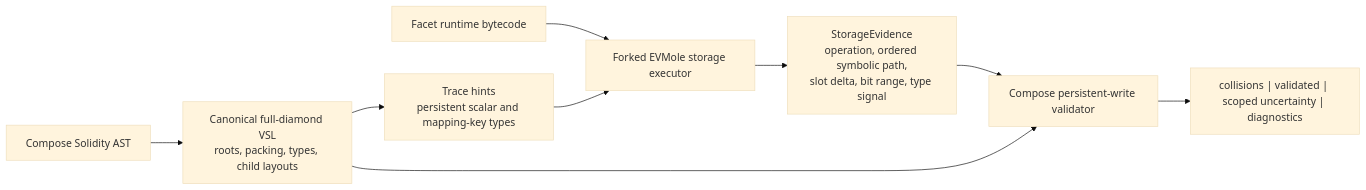
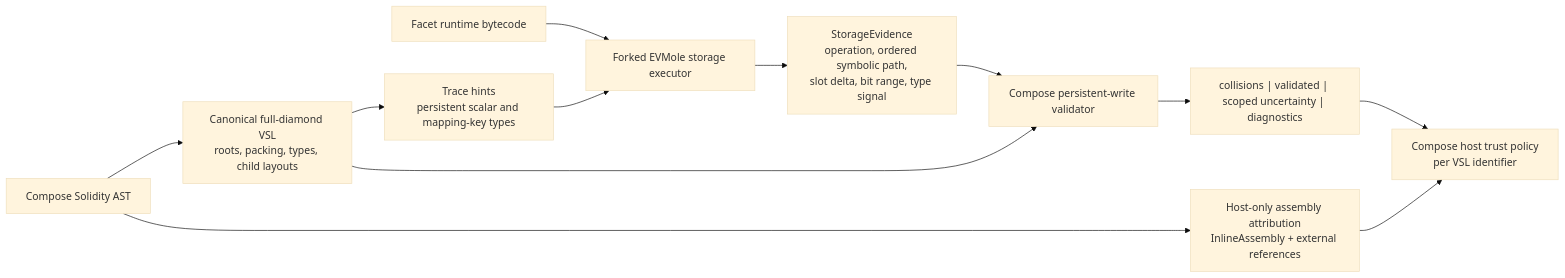
Before and after one commit to 0x76agabond/compose-bytecode-validation: the third of 3 diagrams in Architecture.md, drawn with Mermaid (base theme). The commit also changed other lines of this file and 1 other file, not shown here.

Commit message:
docs: define assembly trust policy

````diff
--- a/Architecture.md
+++ b/Architecture.md
@@ -309,13 +309,16 @@
 ```mermaid
 flowchart LR
     ast["Compose Solidity AST"] --> vsl["Canonical full-diamond VSL<br/>roots, packing, types, child layouts"]
+    ast --> assembly["Host-only assembly attribution<br/>InlineAssembly + external references"]
 
     bytecode["Facet runtime bytecode"] --> engine["Forked EVMole storage executor"]
     vsl --> hints["Trace hints<br/>persistent scalar and mapping-key types"]
     hints --> engine
     engine --> evidence["StorageEvidence<br/>operation, ordered symbolic path,<br/>slot delta, bit range, type signal"]
 
     evidence --> matcher["Compose persistent-write validator"]
     vsl --> matcher
-    matcher --> verdict["collisions | validated | scoped uncertainty | diagnostics"]
+    matcher --> evidenceVerdict["collisions | validated | scoped uncertainty | diagnostics"]
+    evidenceVerdict --> hostPolicy["Compose host trust policy<br/>per VSL identifier"]
+    assembly --> hostPolicy
 ```
````
